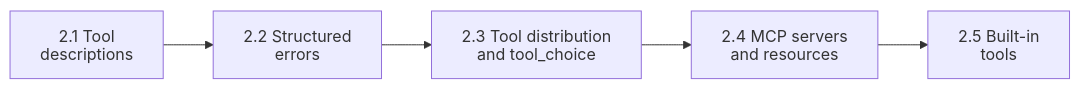
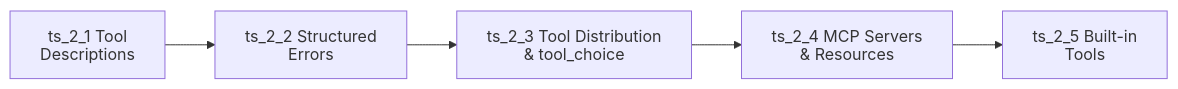
One commit to dip4k/claude_cert_architect_foundation_prep changed the second of 3 diagrams in domain2/README.md. Above: the diagram before and after it, drawn with Mermaid. The commit also changed other lines of this file and 50 other files, not shown here.

````diff
--- a/domain2/README.md
+++ b/domain2/README.md
@@ -13,11 +49,11 @@
 ```mermaid
 ---
 config:
   htmlLabels: false
 ---
 flowchart LR
-    A["2.1 Tool<br>descriptions"] --> B["2.2 Structured<br>errors"]
-    B --> C["2.3 Tool distribution<br>and tool_choice"]
-    C --> D["2.4 MCP servers<br>and resources"]
-    D --> E["2.5 Built-in<br>tools"]
+    A["ts_2_1 Tool<br>Descriptions"] --> B["ts_2_2 Structured<br>Errors"]
+    B --> C["ts_2_3 Tool Distribution<br>& tool_choice"]
+    C --> D["ts_2_4 MCP Servers<br>& Resources"]
+    D --> E["ts_2_5 Built-in<br>Tools"]
 ```
````
